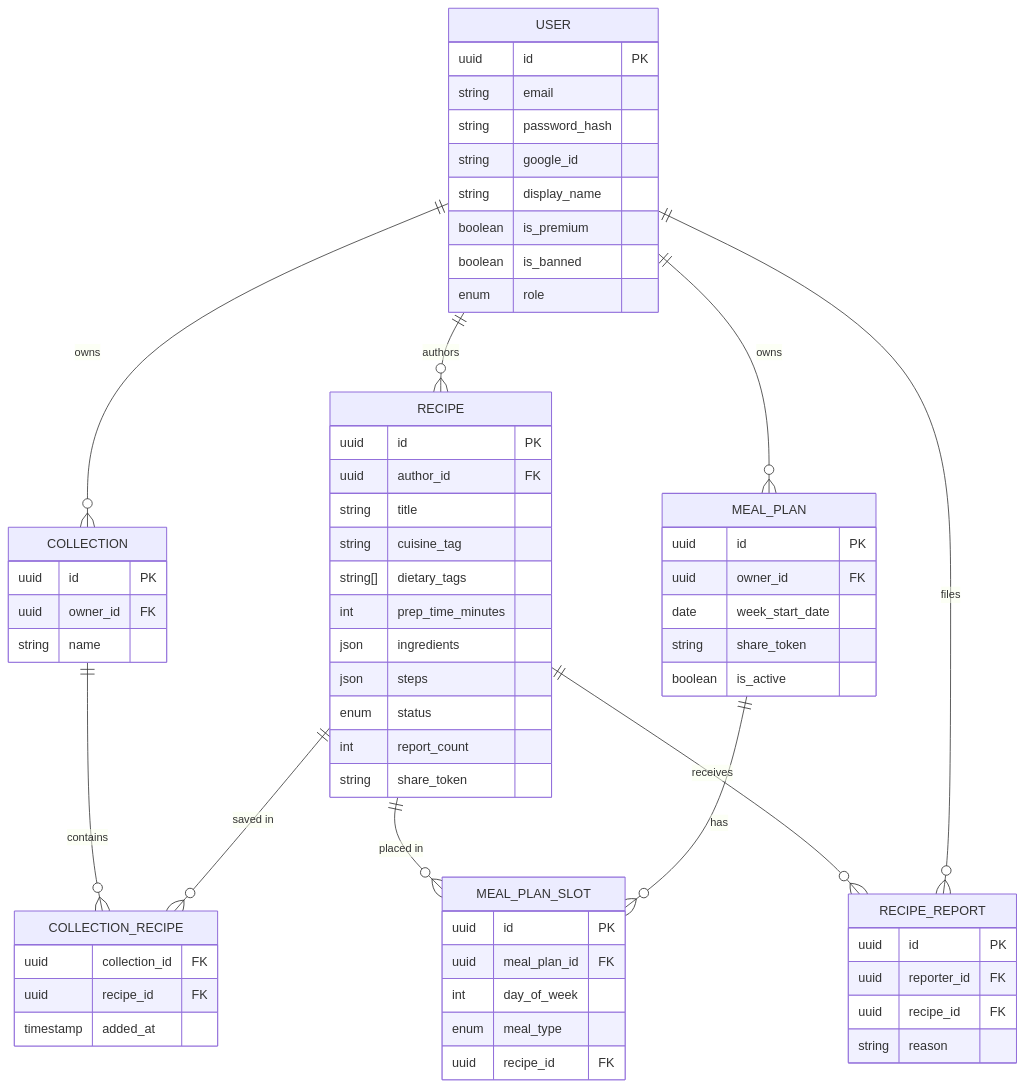
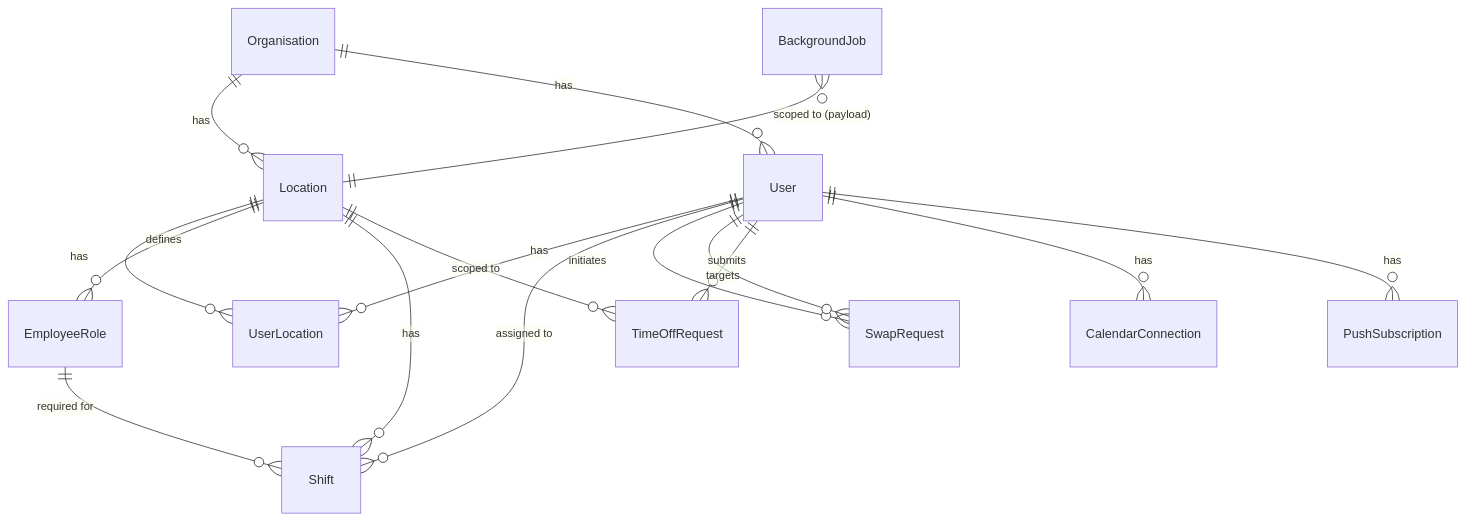
Before and after one commit to RenukaKumarAleti/code-smith: the first of 4 diagrams in product-initialisation/example.md, drawn with Mermaid. The commit also changed other lines of this file and 7 other files, not shown here.

````diff
--- a/product-initialisation/example.md
+++ b/product-initialisation/example.md
@@ -345,72 +801,18 @@
 ```mermaid
 erDiagram
-    USER {
-        uuid id PK
-        string email
-        string password_hash
-        string google_id
-        string display_name
-        boolean is_premium
-        boolean is_banned
-        enum role
-    }
-
-    RECIPE {
-        uuid id PK
-        uuid author_id FK
-        string title
-        string cuisine_tag
-        string[] dietary_tags
-        int prep_time_minutes
-        json ingredients
-        json steps
-        enum status
-        int report_count
-        string share_token
-    }
-
-    COLLECTION {
-        uuid id PK
-        uuid owner_id FK
-        string name
-    }
-
-    COLLECTION_RECIPE {
-        uuid collection_id FK
-        uuid recipe_id FK
-        timestamp added_at
-    }
-
-    MEAL_PLAN {
-        uuid id PK
-        uuid owner_id FK
-        date week_start_date
-        string share_token
-        boolean is_active
-    }
-
-    MEAL_PLAN_SLOT {
-        uuid id PK
-        uuid meal_plan_id FK
-        int day_of_week
-        enum meal_type
-        uuid recipe_id FK
-    }
-
-    RECIPE_REPORT {
-        uuid id PK
-        uuid reporter_id FK
-        uuid recipe_id FK
-        string reason
-    }
-
-    USER ||--o{ RECIPE : "authors"
-    USER ||--o{ COLLECTION : "owns"
-    USER ||--o{ MEAL_PLAN : "owns"
-    USER ||--o{ RECIPE_REPORT : "files"
-    RECIPE ||--o{ COLLECTION_RECIPE : "saved in"
-    COLLECTION ||--o{ COLLECTION_RECIPE : "contains"
-    MEAL_PLAN ||--o{ MEAL_PLAN_SLOT : "has"
-    RECIPE ||--o{ MEAL_PLAN_SLOT : "placed in"
-    RECIPE ||--o{ RECIPE_REPORT : "receives"
+    Organisation ||--o{ Location : "has"
+    Organisation ||--o{ User : "has"
+    Location ||--o{ UserLocation : "has"
+    User ||--o{ UserLocation : "has"
+    Location ||--o{ EmployeeRole : "defines"
+    Location ||--o{ Shift : "has"
+    EmployeeRole ||--o{ Shift : "required for"
+    User ||--o{ Shift : "assigned to"
+    User ||--o{ SwapRequest : "initiates"
+    User ||--o{ SwapRequest : "targets"
+    User ||--o{ TimeOffRequest : "submits"
+    Location ||--o{ TimeOffRequest : "scoped to"
+    User ||--o{ CalendarConnection : "has"
+    User ||--o{ PushSubscription : "has"
+    BackgroundJob }o--|| Location : "scoped to (payload)"
 ```
````
